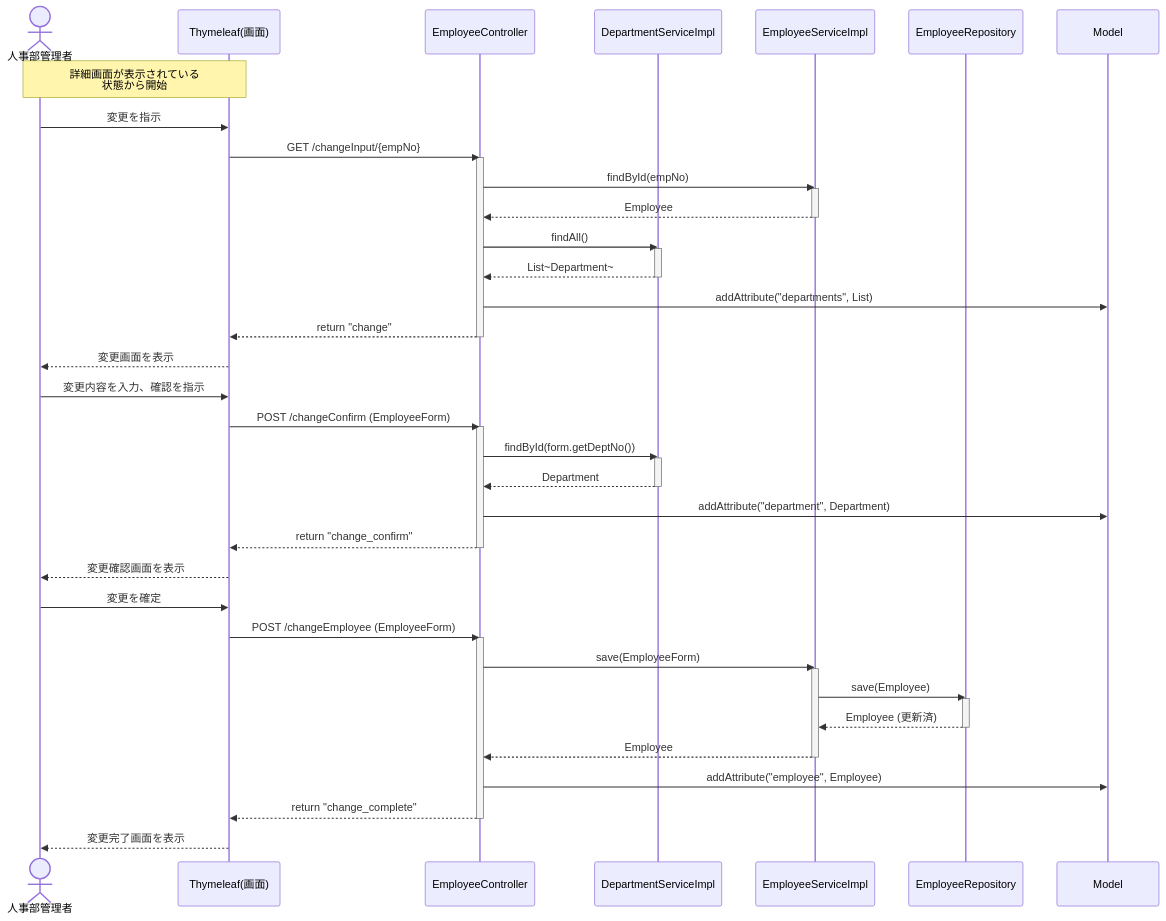
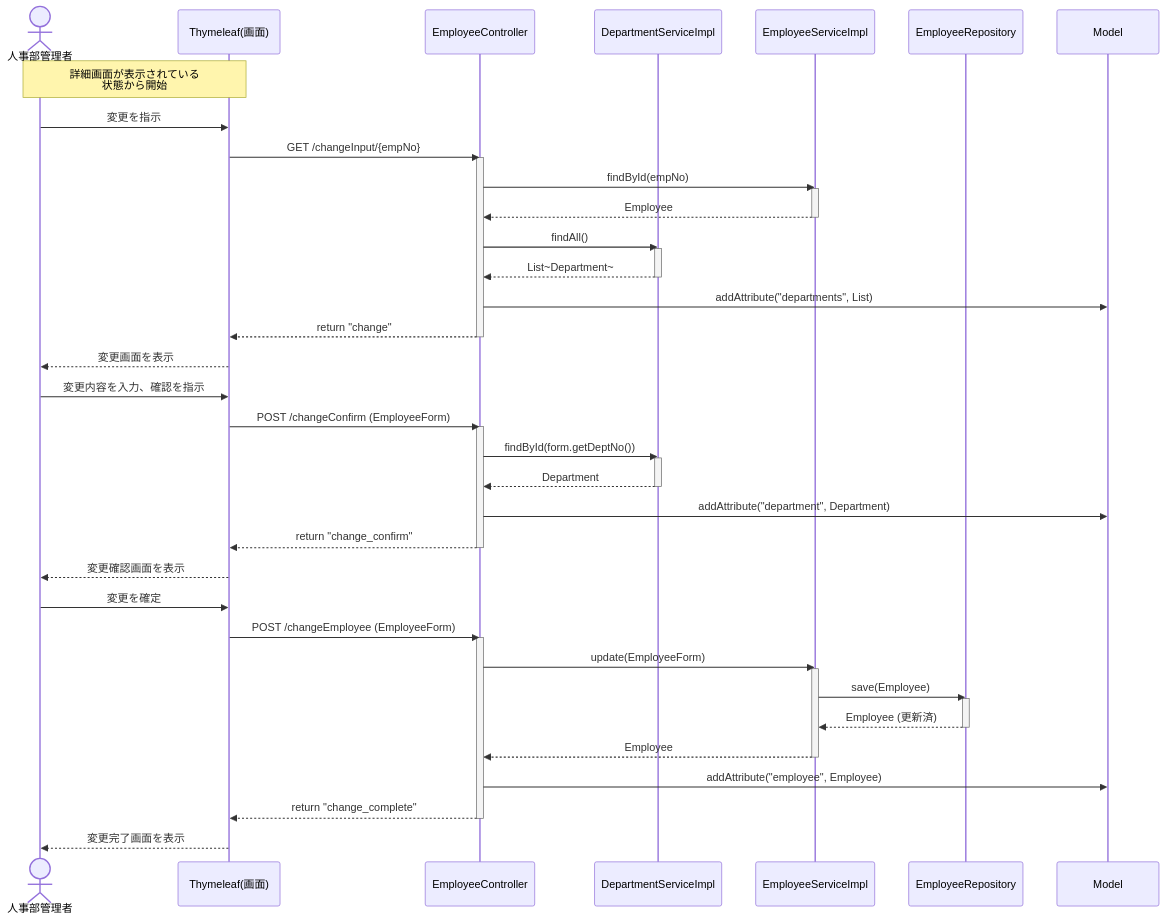
Diagram 24 of 25 in EIMS_Comprehensive_Exercise_Guide.md (juyeongjung1/NewEIMS), drawn with Mermaid before and after one commit. The commit also changed other lines of this file and 8 other files, not shown here.

````diff
--- a/EIMS_Comprehensive_Exercise_Guide.md
+++ b/EIMS_Comprehensive_Exercise_Guide.md
@@ -1749,55 +1748,55 @@
 ```mermaid
 sequenceDiagram
     actor Admin as 人事部管理者
     participant View as Thymeleaf(画面)
     participant Ctrl as EmployeeController
     participant DSvc as DepartmentServiceImpl
     participant Svc as EmployeeServiceImpl
     participant Rep as EmployeeRepository
     participant Model as Model
 
     note over Admin, View: 詳細画面が表示されている<br/>状態から開始
     Admin ->> View: 変更を指示
     View ->> Ctrl: GET /changeInput/{empNo}
     activate Ctrl
     Ctrl ->> Svc: findById(empNo)
     activate Svc
     Svc -->> Ctrl: Employee
     deactivate Svc
     Ctrl ->> DSvc: findAll()
     activate DSvc
     DSvc -->> Ctrl: List~Department~
     deactivate DSvc
     Ctrl ->> Model: addAttribute("departments", List)
     Ctrl -->> View: return "change"
     deactivate Ctrl
     View -->> Admin: 変更画面を表示
     
     Admin ->> View: 変更内容を入力、確認を指示
     View ->> Ctrl: POST /changeConfirm (EmployeeForm)
     activate Ctrl
     Ctrl ->> DSvc: findById(form.getDeptNo())
     activate DSvc
     DSvc -->> Ctrl: Department
     deactivate DSvc
     Ctrl ->> Model: addAttribute("department", Department)
     Ctrl -->> View: return "change_confirm"
     deactivate Ctrl
     View -->> Admin: 変更確認画面を表示
     
     Admin ->> View: 変更を確定
     View ->> Ctrl: POST /changeEmployee (EmployeeForm)
     activate Ctrl
-    Ctrl ->> Svc: save(EmployeeForm)
+    Ctrl ->> Svc: update(EmployeeForm)
     activate Svc
     Svc ->> Rep: save(Employee)
     activate Rep
     Rep -->> Svc: Employee (更新済)
     deactivate Rep
     Svc -->> Ctrl: Employee
     deactivate Svc
     Ctrl ->> Model: addAttribute("employee", Employee)
     Ctrl -->> View: return "change_complete"
     deactivate Ctrl
     View -->> Admin: 変更完了画面を表示
 ```
````
